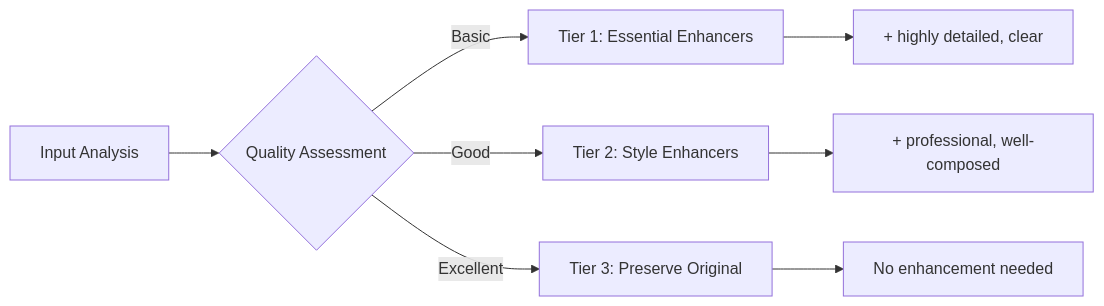
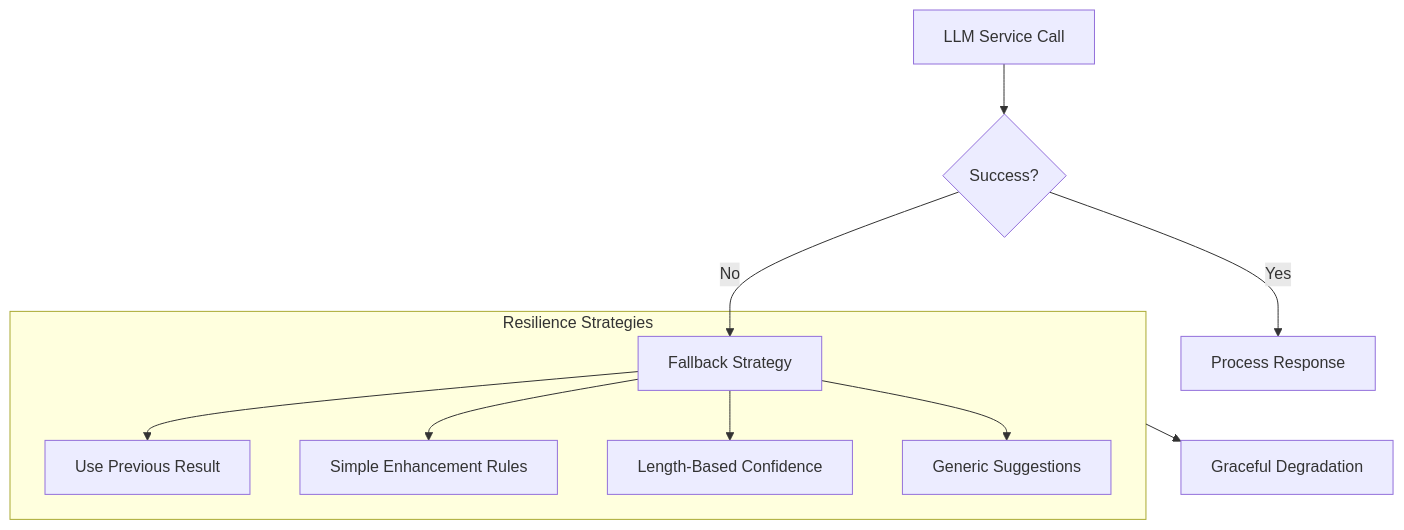
One commit to ryoshumei/what-if-ver-zenn-hackathon changed the sixth of 7 diagrams in docs/prompt-enhancement-analysis.md. Above: the diagram before and after it, drawn with Mermaid. The commit also changed other lines of this file and 1 other file, not shown here.

````diff
--- a/docs/prompt-enhancement-analysis.md
+++ b/docs/prompt-enhancement-analysis.md
@@ -297,12 +430,15 @@
 ```mermaid
-flowchart LR
-    A[Input Analysis] --> B{Quality Assessment}
+flowchart TD
+    A[LLM Service Call] --> B{Success?}
+    B -->|Yes| C[Process Response]
+    B -->|No| D[Fallback Strategy]
 
-    B -->|Basic| C[Tier 1: Essential Enhancers]
-    B -->|Good| D[Tier 2: Style Enhancers]
-    B -->|Excellent| E[Tier 3: Preserve Original]
+    subgraph Fallbacks [Resilience Strategies]
+        D --> E[Use Previous Result]
+        D --> F[Simple Enhancement Rules]
+        D --> G[Length-Based Confidence]
+        D --> H[Generic Suggestions]
+    end
 
-    C --> F["+ highly detailed, clear"]
-    D --> G["+ professional, well-composed"]
-    E --> H["No enhancement needed"]
+    Fallbacks --> I[Graceful Degradation]
 ```
````
